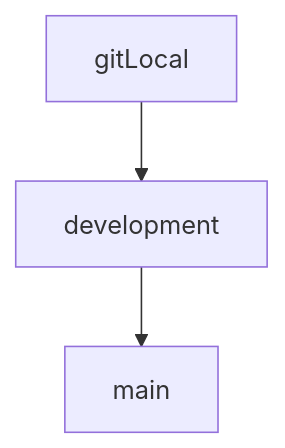
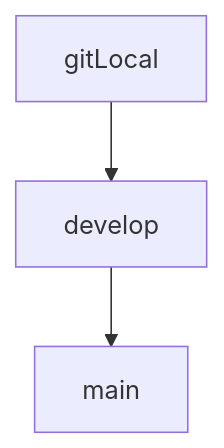
Before and after one commit to varia418/IE402.O11-BT1: the diagram in README.md, drawn with Mermaid. The commit also changed other lines of this file, not shown here.

````diff
--- a/README.md
+++ b/README.md
@@ -4,5 +4,5 @@
 ```mermaid
 graph TD;
-    gitLocal-->development;
-    development-->main;
+    gitLocal-->develop;
+    develop-->main;
 ```
````
